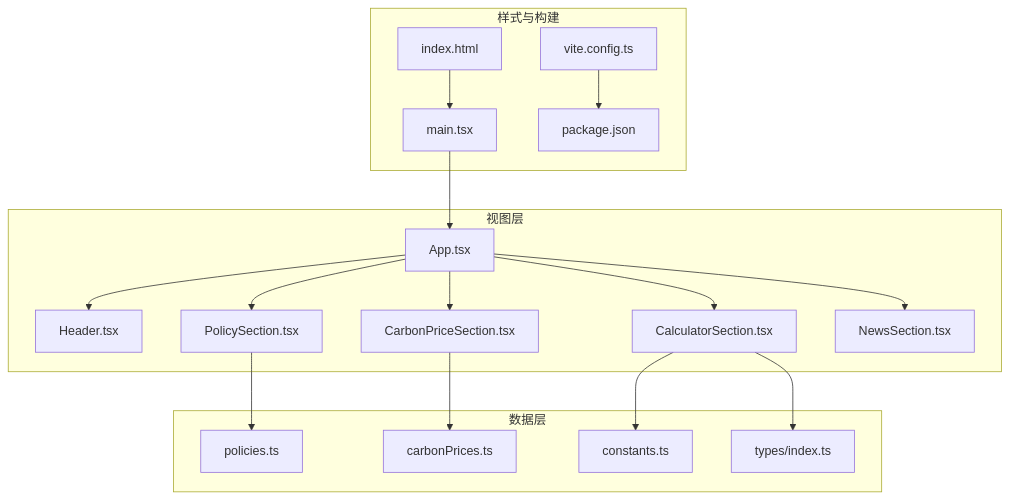
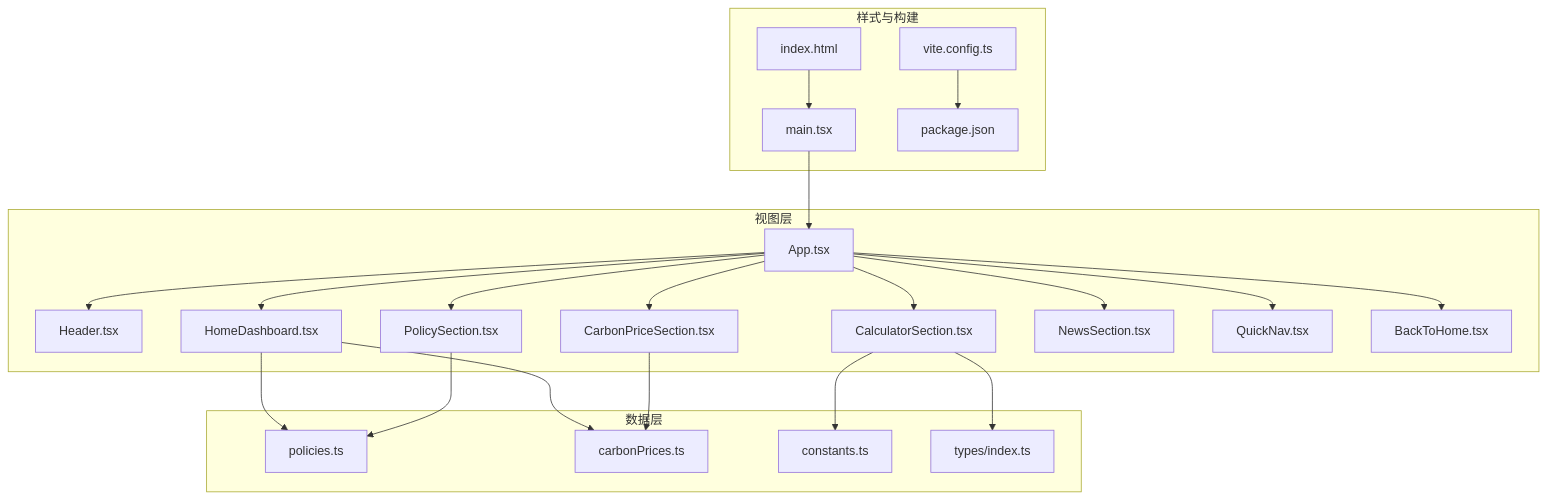
One commit to liangxuanliang-cmd/carbon-info-agent changed the second of 6 diagrams in .qoder/repowiki/zh/content/架构设计/应用架构.md. Above: the diagram before and after it, drawn with Mermaid. The commit also changed other lines of this file and 14 other files, not shown here.

````diff
--- a/.qoder/repowiki/zh/content/架构设计/应用架构.md
+++ b/.qoder/repowiki/zh/content/架构设计/应用架构.md
@@ -110,34 +129,42 @@
 ```mermaid
 graph TB
 subgraph "视图层"
 APP["App.tsx"]
 HDR["Header.tsx"]
+HD["HomeDashboard.tsx"]
 SEC1["PolicySection.tsx"]
 SEC2["CarbonPriceSection.tsx"]
 SEC3["CalculatorSection.tsx"]
 SEC4["NewsSection.tsx"]
+QN["QuickNav.tsx"]
+BTH["BackToHome.tsx"]
 end
 subgraph "数据层"
 DP["policies.ts"]
 DC["carbonPrices.ts"]
 CT["constants.ts"]
 TP["types/index.ts"]
 end
 subgraph "样式与构建"
 HTML["index.html"]
 MAIN["main.tsx"]
 VCFG["vite.config.ts"]
 PKG["package.json"]
 end
 HTML --> MAIN --> APP
 APP --> HDR
+APP --> HD
 APP --> SEC1
 APP --> SEC2
 APP --> SEC3
 APP --> SEC4
+APP --> QN
+APP --> BTH
+HD --> DP
+HD --> DC
 SEC1 --> DP
 SEC2 --> DC
 SEC3 --> CT
 SEC3 --> TP
 VCFG --> PKG
 ```
````
